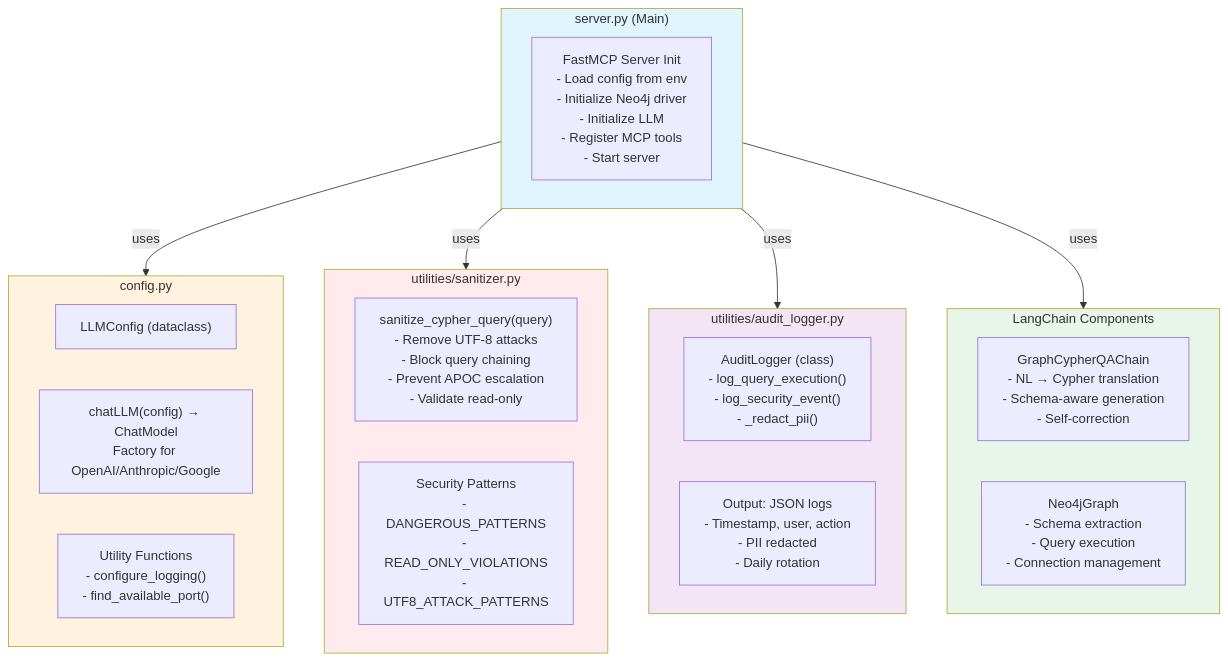
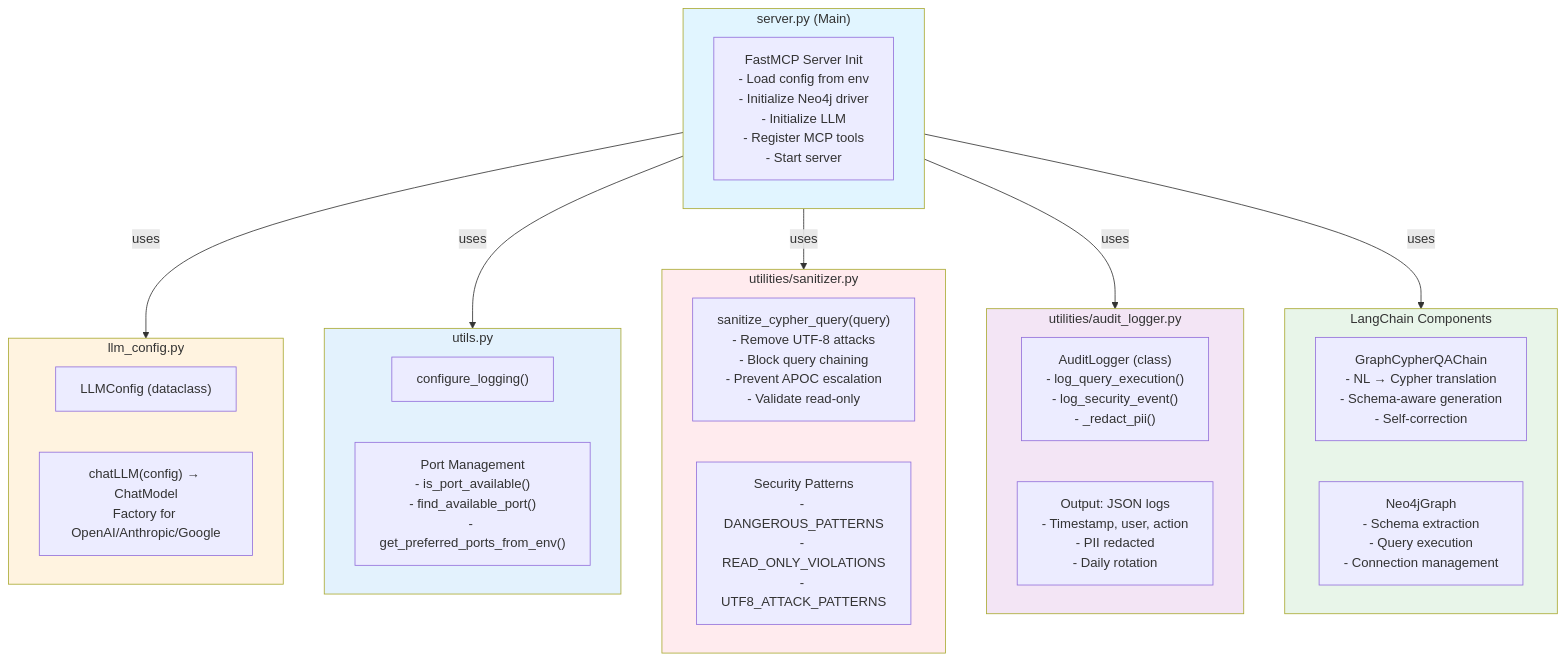
Before and after one commit to hdjebar/neo4j-yass-mcp: the ninth of 45 diagrams in docs/SOFTWARE_ARCHITECTURE.md, drawn with Mermaid. The commit also changed 39 other files, not shown here.

````diff
--- a/docs/SOFTWARE_ARCHITECTURE.md
+++ b/docs/SOFTWARE_ARCHITECTURE.md
@@ -322,38 +322,44 @@
 ```mermaid
 graph TB
     subgraph Main["server.py (Main)"]
         Init["FastMCP Server Init<br/>- Load config from env<br/>- Initialize Neo4j driver<br/>- Initialize LLM<br/>- Register MCP tools<br/>- Start server"]
     end
 
-    subgraph Config["config.py"]
+    subgraph Config["llm_config.py"]
         LLMConfigClass["LLMConfig (dataclass)"]
         chatLLMFunc["chatLLM(config) → ChatModel<br/>Factory for OpenAI/Anthropic/Google"]
-        Utils["Utility Functions<br/>- configure_logging()<br/>- find_available_port()"]
+    end
+
+    subgraph Utils["utils.py"]
+        ConfigLog["configure_logging()"]
+        PortFuncs["Port Management<br/>- is_port_available()<br/>- find_available_port()<br/>- get_preferred_ports_from_env()"]
     end
 
     subgraph Security["utilities/sanitizer.py"]
         Sanitize["sanitize_cypher_query(query)<br/>- Remove UTF-8 attacks<br/>- Block query chaining<br/>- Prevent APOC escalation<br/>- Validate read-only"]
         Patterns["Security Patterns<br/>- DANGEROUS_PATTERNS<br/>- READ_ONLY_VIOLATIONS<br/>- UTF8_ATTACK_PATTERNS"]
     end
 
     subgraph Audit["utilities/audit_logger.py"]
         Logger["AuditLogger (class)<br/>- log_query_execution()<br/>- log_security_event()<br/>- _redact_pii()"]
         Output["Output: JSON logs<br/>- Timestamp, user, action<br/>- PII redacted<br/>- Daily rotation"]
     end
 
     subgraph LangChain["LangChain Components"]
         GraphChain["GraphCypherQAChain<br/>- NL → Cypher translation<br/>- Schema-aware generation<br/>- Self-correction"]
         Neo4jGraph["Neo4jGraph<br/>- Schema extraction<br/>- Query execution<br/>- Connection management"]
     end
 
     Main -->|uses| Config
+    Main -->|uses| Utils
     Main -->|uses| Security
     Main -->|uses| Audit
     Main -->|uses| LangChain
 
     style Main fill:#e1f5ff
     style Config fill:#fff3e0
+    style Utils fill:#e3f2fd
     style Security fill:#ffebee
     style Audit fill:#f3e5f5
     style LangChain fill:#e8f5e9
 ```
````
